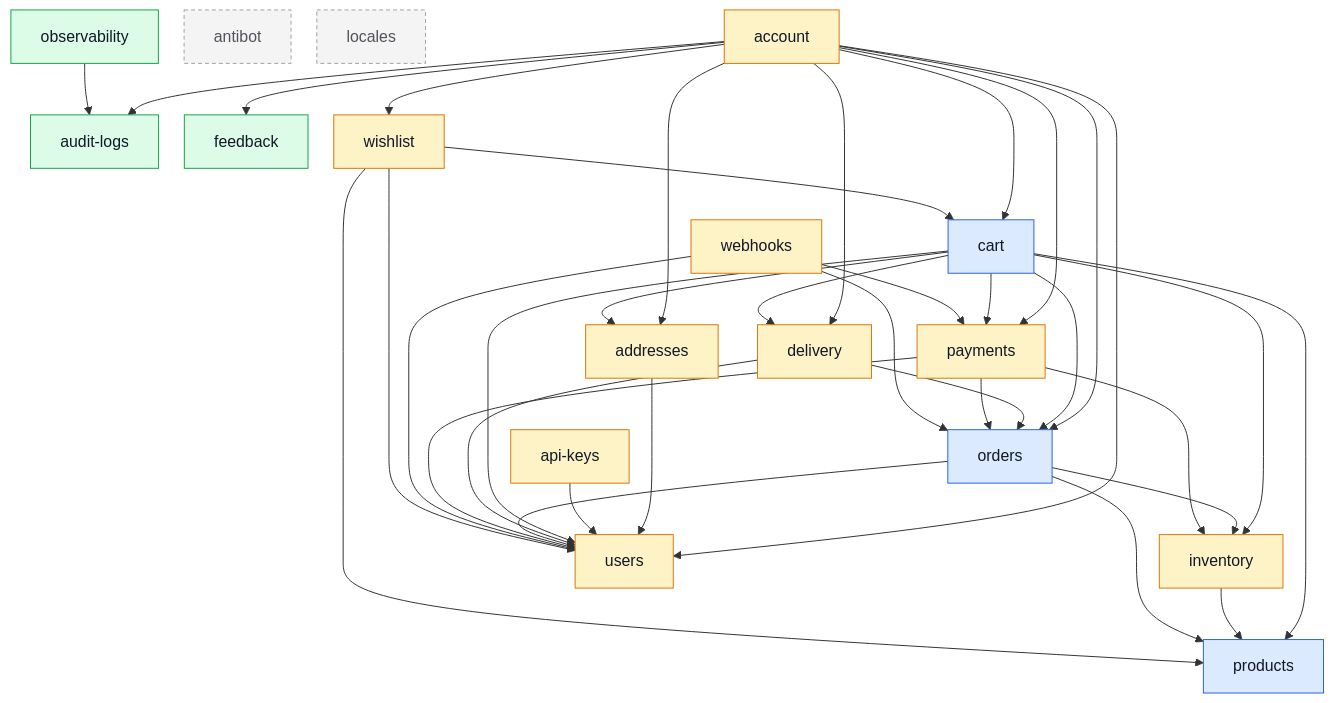
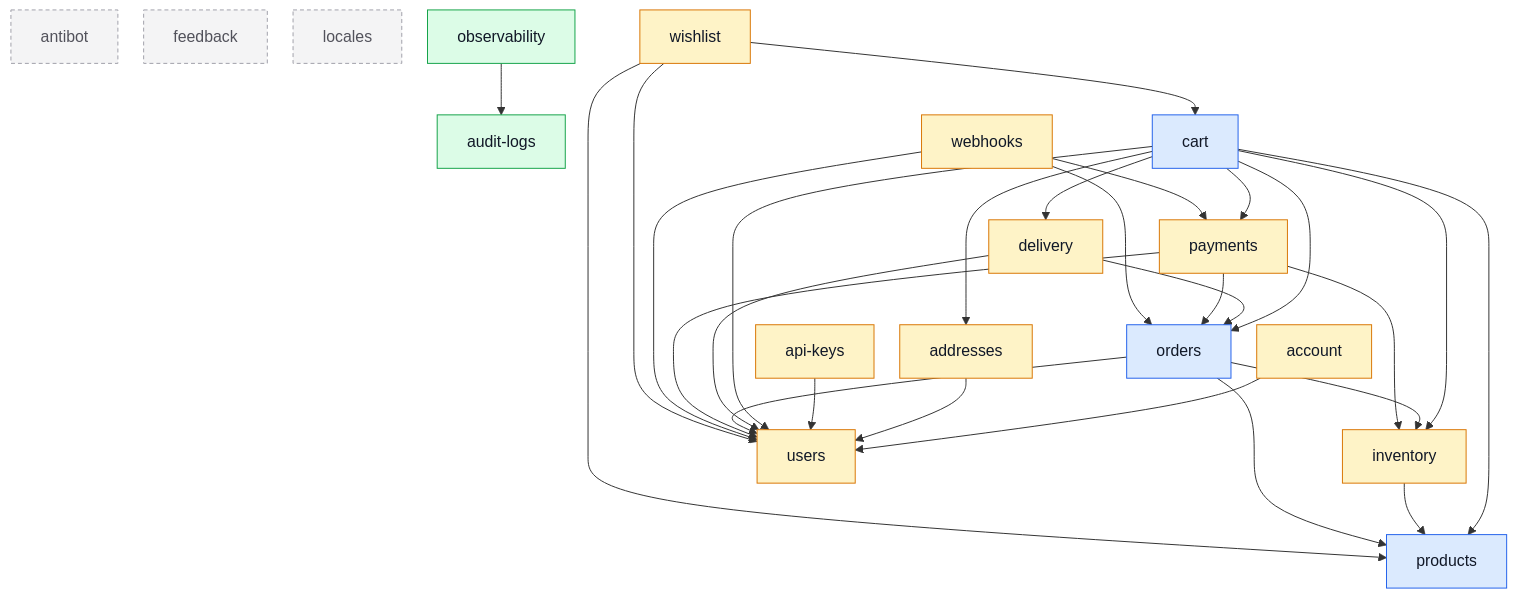
One commit to Guebbit/boilerplate-node-backend changed the diagram in docs/modules/index.md. Above: the diagram before and after it, drawn with Mermaid. The commit also changed other lines of this file and 35 other files, not shown here.

````diff
--- a/docs/modules/index.md
+++ b/docs/modules/index.md
@@ -40,65 +40,57 @@
 ```mermaid
 %%{init: {'flowchart': {'nodeSpacing': 26, 'rankSpacing': 52}}}%%
 flowchart TD
     account
     addresses
     antibot
     api_keys["api-keys"]
     audit_logs["audit-logs"]
     cart
     delivery
     feedback
     inventory
     locales
     observability
     orders
     payments
     products
     users
     webhooks
     wishlist
 
-    account --> addresses
-    account --> audit_logs
-    account --> cart
-    account --> delivery
-    account --> feedback
-    account --> orders
-    account --> payments
     account --> users
-    account --> wishlist
     addresses --> users
     api_keys --> users
     cart --> addresses
     cart --> delivery
     cart --> inventory
     cart --> orders
     cart --> payments
     cart --> products
     cart --> users
     delivery --> orders
     delivery --> users
     inventory --> products
     observability --> audit_logs
     orders --> inventory
     orders --> products
     orders --> users
     payments --> inventory
     payments --> orders
     payments --> users
     webhooks --> orders
     webhooks --> payments
     webhooks --> users
     wishlist --> cart
     wishlist --> products
     wishlist --> users
 
     classDef core fill:#dbeafe,stroke:#2563eb,color:#111827;
     classDef supporting fill:#fef3c7,stroke:#d97706,color:#111827;
     classDef generic fill:#dcfce7,stroke:#16a34a,color:#111827;
     classDef isolated fill:#f4f4f5,stroke:#a1a1aa,color:#52525b,stroke-dasharray:4 3;
     class cart,orders,products core;
     class account,addresses,api_keys,delivery,inventory,payments,users,webhooks,wishlist supporting;
-    class audit_logs,feedback,observability generic;
-    class antibot,locales isolated;
+    class audit_logs,observability generic;
+    class antibot,feedback,locales isolated;
 ```
````
